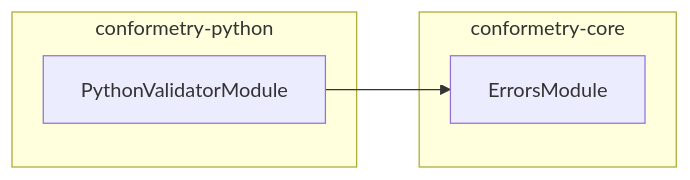
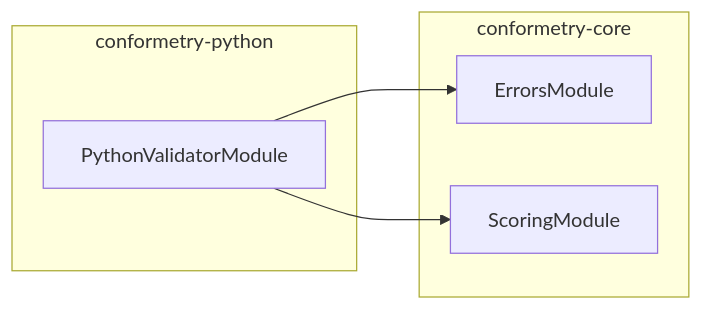
The diagram in packages/conformetry-python/AGENTS.md (JimmyPaolini/codebase), drawn with Mermaid before and after one commit. The commit also changed 141 other files, not shown here.

````diff
--- a/packages/conformetry-python/AGENTS.md
+++ b/packages/conformetry-python/AGENTS.md
@@ -57,10 +57,12 @@
 ```mermaid
 flowchart LR
   subgraph group0["conformetry-python"]
     PythonValidatorModule
   end
   subgraph group1["conformetry-core"]
     ErrorsModule
+    ScoringModule
   end
   PythonValidatorModule --> ErrorsModule
+  PythonValidatorModule --> ScoringModule
 ```
````
